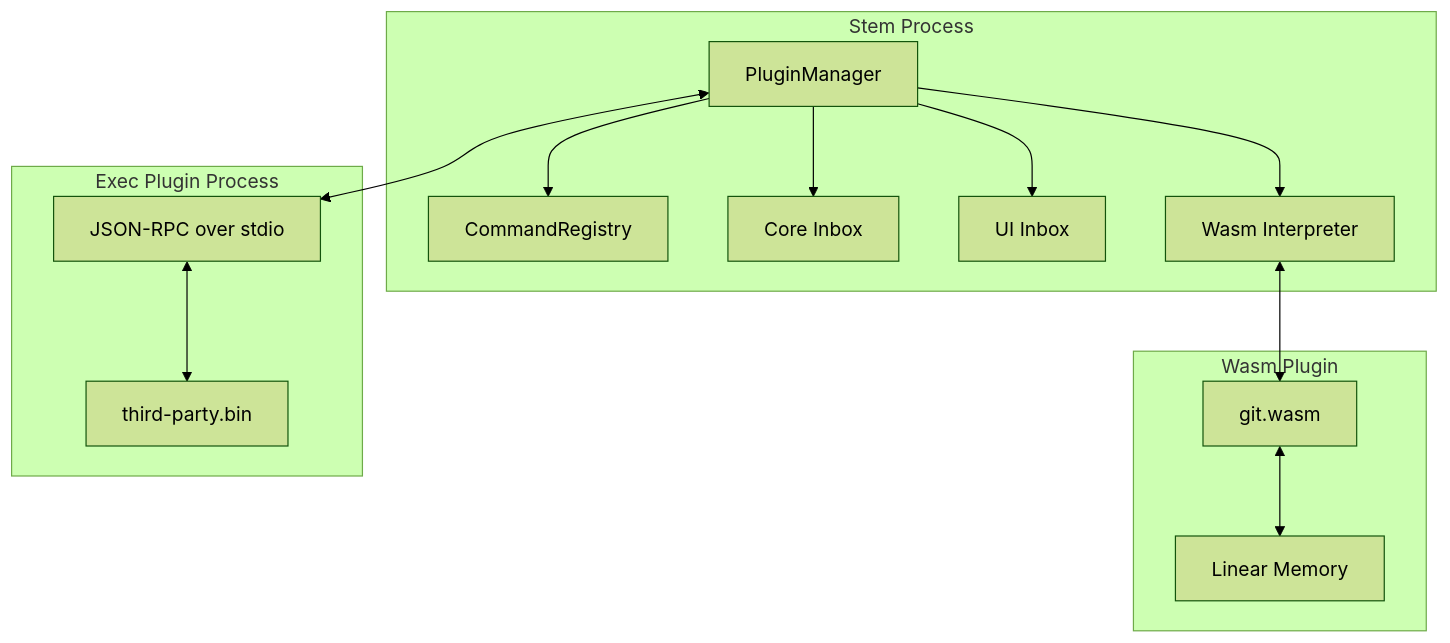
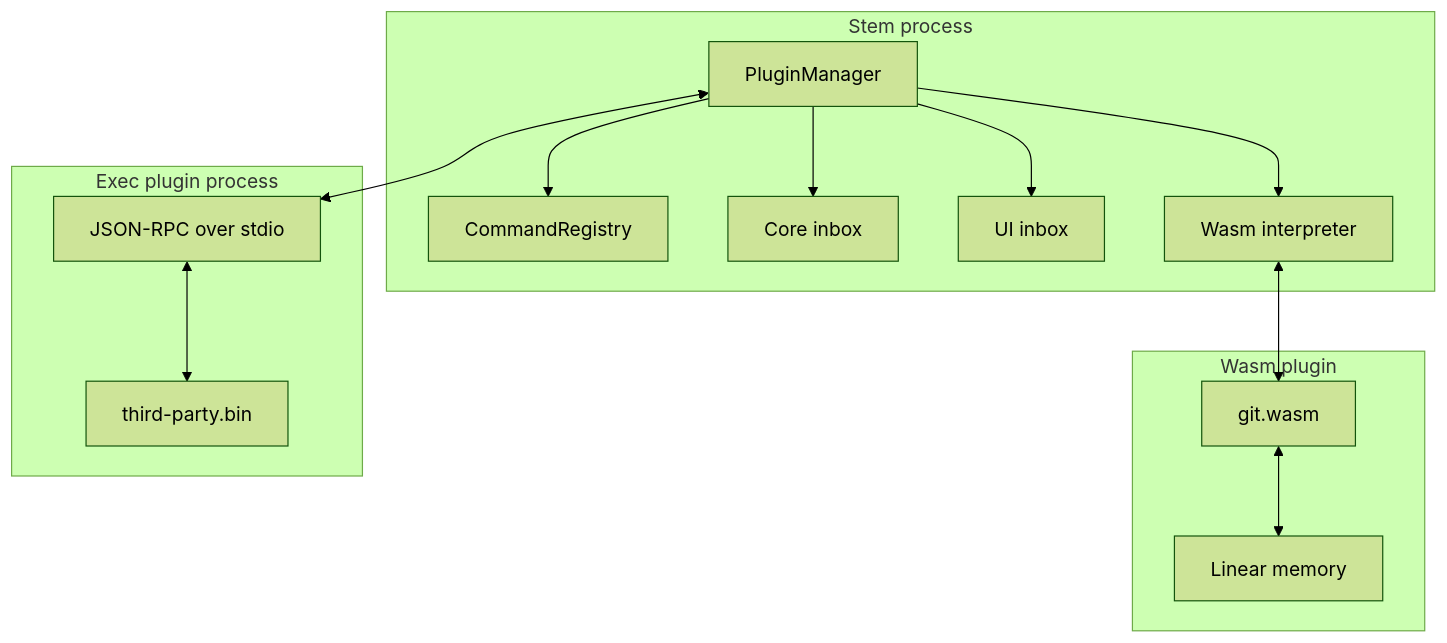
One commit to ooyeku/stem changed the fourth of 4 diagrams in docs/stem.md. Above: the diagram before and after it, drawn with Mermaid (forest theme). The commit also changed other lines of this file and 6 other files, not shown here.

````diff
--- a/docs/stem.md
+++ b/docs/stem.md
@@ -938,29 +665,29 @@
 ```mermaid
 graph TB
-    subgraph "Stem Process"
+    subgraph "Stem process"
         PM[PluginManager]
         CR[CommandRegistry]
-        CORE[Core Inbox]
-        UI[UI Inbox]
-        WASM[Wasm Interpreter]
+        CORE[Core inbox]
+        UI[UI inbox]
+        WASM[Wasm interpreter]
     end
 
-    subgraph "Wasm Plugin"
+    subgraph "Wasm plugin"
         WP[git.wasm]
-        MEM[Linear Memory]
+        MEM[Linear memory]
     end
 
-    subgraph "Exec Plugin Process"
+    subgraph "Exec plugin process"
         EP[third-party.bin]
         STDIO[JSON-RPC over stdio]
     end
 
     PM --> CR
     PM --> WASM
     WASM <--> WP
     WP <--> MEM
     PM <--> STDIO
     STDIO <--> EP
     PM --> CORE
     PM --> UI
 ```
````
